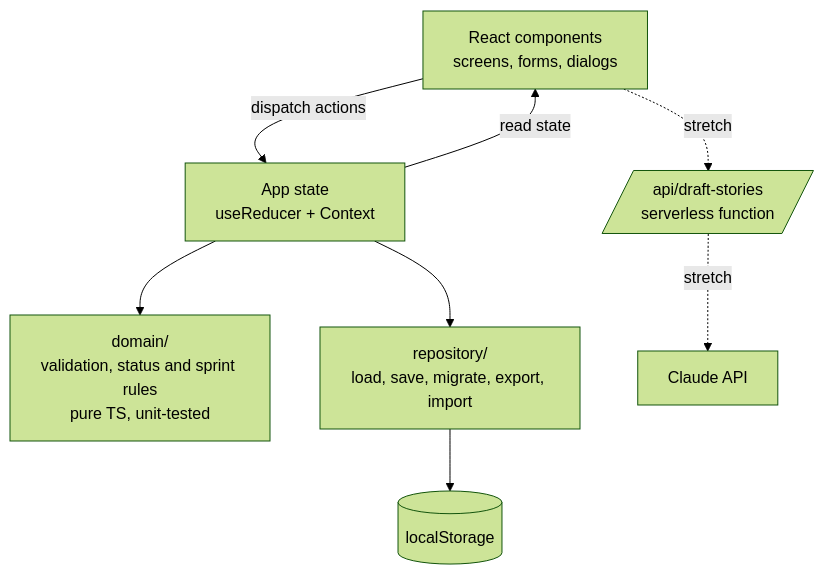
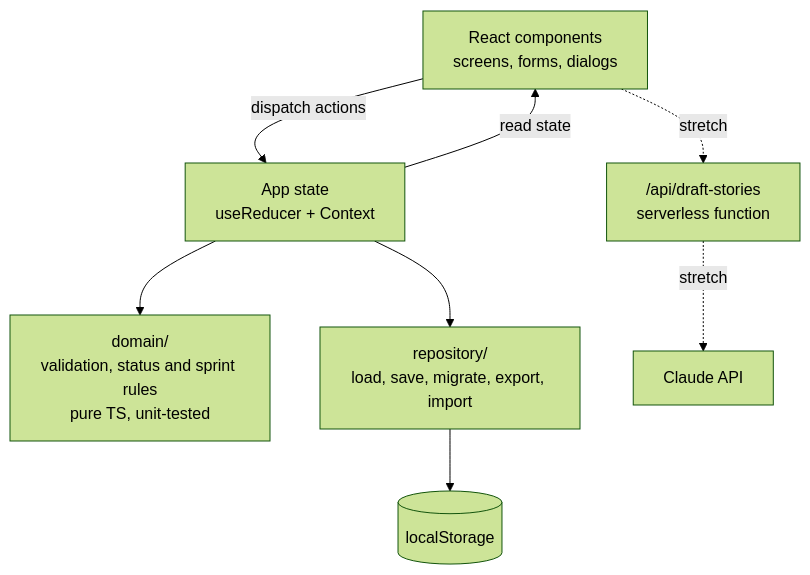
The first of 2 diagrams in docs/architecture.md (kchan1028/sprintlab), drawn with Mermaid (forest theme) before and after one commit.

Commit message:
docs: quote Mermaid node label containing slashes

````diff
--- a/docs/architecture.md
+++ b/docs/architecture.md
@@ -11,10 +11,10 @@
 ```mermaid
 flowchart TD
   UI[React components<br/>screens, forms, dialogs] -->|dispatch actions| State[App state<br/>useReducer + Context]
   State -->|read state| UI
   State --> Domain[domain/<br/>validation, status and sprint rules<br/>pure TS, unit-tested]
   State --> Repo[repository/<br/>load, save, migrate, export, import]
   Repo --> LS[(localStorage)]
-  UI -. stretch .-> Fn[/api/draft-stories<br/>serverless function/]
+  UI -. stretch .-> Fn["/api/draft-stories<br/>serverless function"]
   Fn -. stretch .-> Claude[Claude API]
 ```
````
